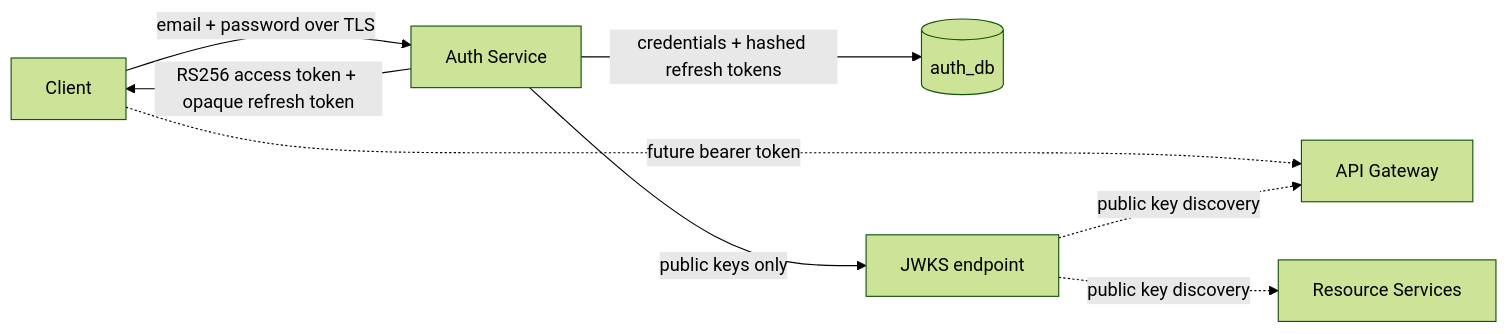
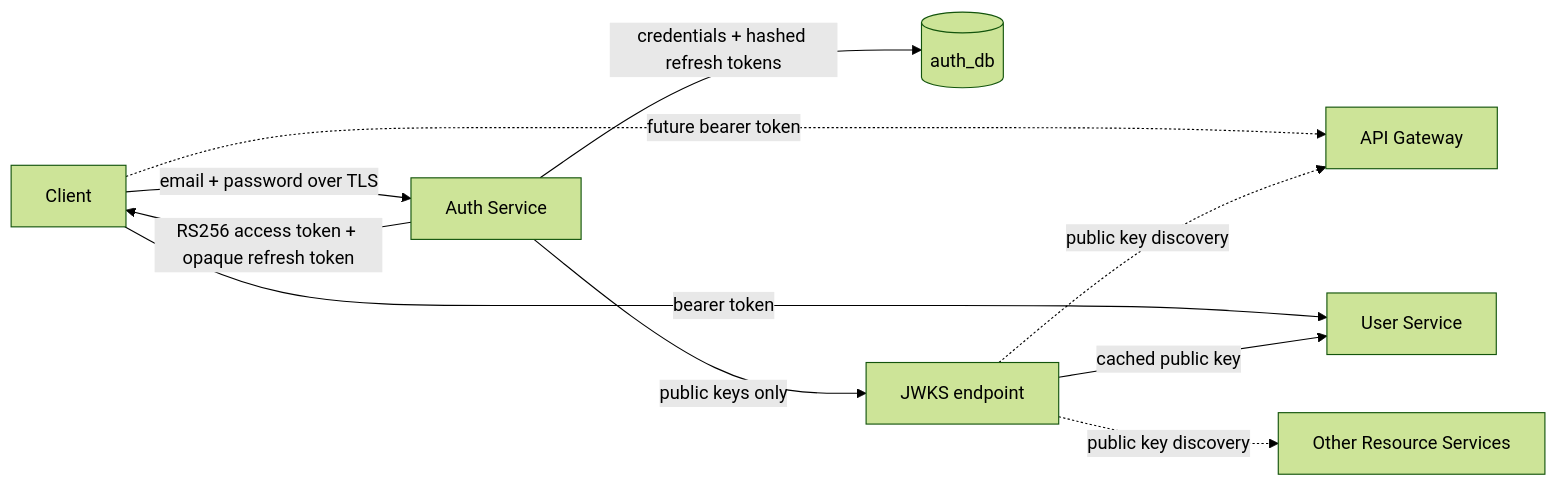
The diagram in docs/architecture/security.md (tranverse/ecommerce-microservices), drawn with Mermaid (forest theme) before and after one commit. The commit also changed other lines of this file and 7 other files, not shown here.

Commit message:
docs(user): explain identity and resource ownership

````diff
--- a/docs/architecture/security.md
+++ b/docs/architecture/security.md
@@ -9,10 +9,12 @@
 ```mermaid
 flowchart LR
     Client -->|email + password over TLS| Auth[Auth Service]
     Auth -->|credentials + hashed refresh tokens| DB[(auth_db)]
     Auth -->|RS256 access token + opaque refresh token| Client
     Auth -->|public keys only| JWKS[JWKS endpoint]
+    Client -->|bearer token| User[User Service]
     Client -. future bearer token .-> Gateway[API Gateway]
     JWKS -. public key discovery .-> Gateway
-    JWKS -. public key discovery .-> Services[Resource Services]
+    JWKS -->|cached public key| User
+    JWKS -. public key discovery .-> Services[Other Resource Services]
 ```
````
